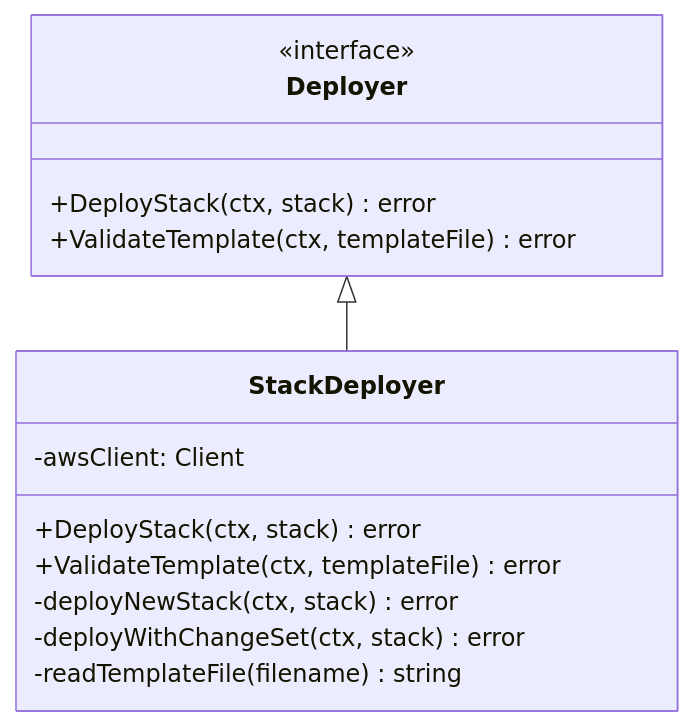
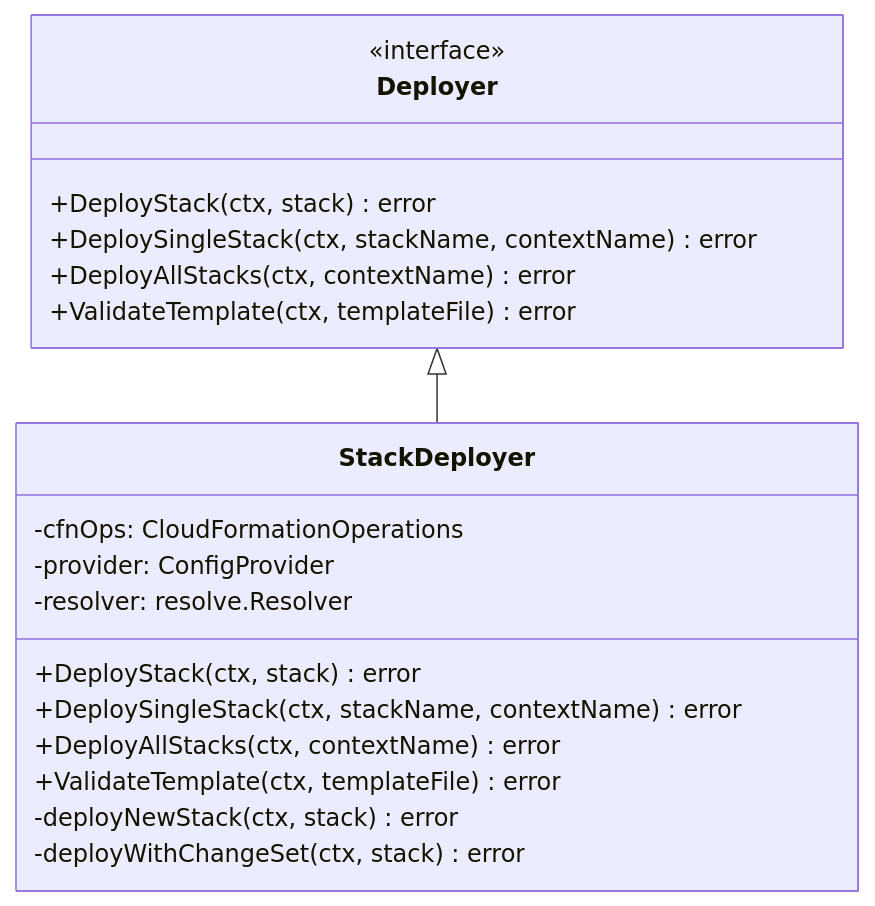
Before and after one commit to orien/stackaroo: the third of 7 diagrams in docs/architecture/deploy.md, drawn with Mermaid. The commit also changed other lines of this file and 15 other files, not shown here.

````diff
--- a/docs/architecture/deploy.md
+++ b/docs/architecture/deploy.md
@@ -96,19 +93,24 @@
 ```mermaid
 classDiagram
     class Deployer {
         <<interface>>
         +DeployStack(ctx, stack) error
+        +DeploySingleStack(ctx, stackName, contextName) error
+        +DeployAllStacks(ctx, contextName) error
         +ValidateTemplate(ctx, templateFile) error
     }
 
     class StackDeployer {
-        -awsClient: Client
+        -cfnOps: CloudFormationOperations
+        -provider: ConfigProvider
+        -resolver: resolve.Resolver
         +DeployStack(ctx, stack) error
+        +DeploySingleStack(ctx, stackName, contextName) error
+        +DeployAllStacks(ctx, contextName) error
         +ValidateTemplate(ctx, templateFile) error
         -deployNewStack(ctx, stack) error
         -deployWithChangeSet(ctx, stack) error
-        -readTemplateFile(filename) string
     }
 
     Deployer <|-- StackDeployer
 ```
````
